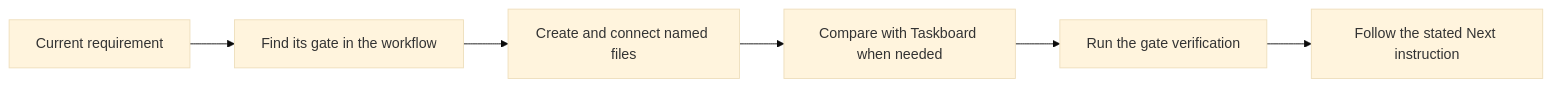
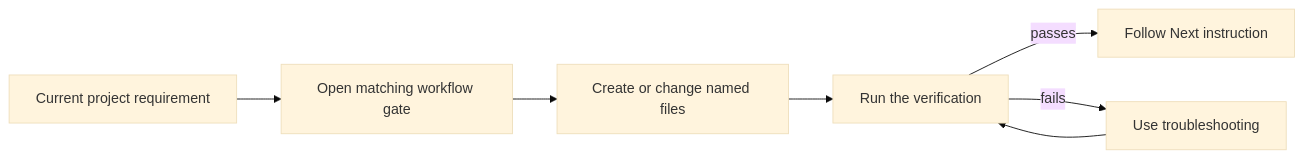
The first of 2 diagrams in README.md (SidheshwarSarangal/spring-boot-project-blueprint), drawn with Mermaid (base theme) before and after one commit. The commit also changed other lines of this file and 16 other files, not shown here.

````diff
--- a/README.md
+++ b/README.md
@@ -49,8 +7,9 @@
 ```mermaid
 flowchart LR
-    Requirement["Current requirement"] --> Workflow["Find its gate in the workflow"]
-    Workflow --> Work["Create and connect named files"]
-    Work --> Example["Compare with Taskboard when needed"]
-    Example --> Verify["Run the gate verification"]
-    Verify --> Next["Follow the stated Next instruction"]
+    Need["Current project requirement"] --> Gate["Open matching workflow gate"]
+    Gate --> Files["Create or change named files"]
+    Files --> Check["Run the verification"]
+    Check -->|"passes"| Next["Follow Next instruction"]
+    Check -->|"fails"| Fix["Use troubleshooting"]
+    Fix --> Check
 ```
````
